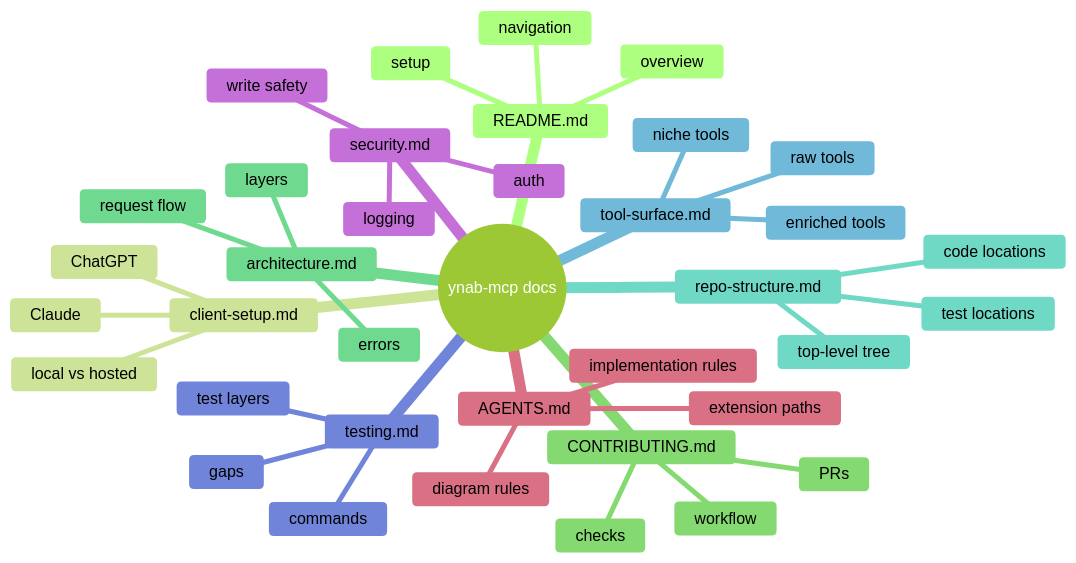
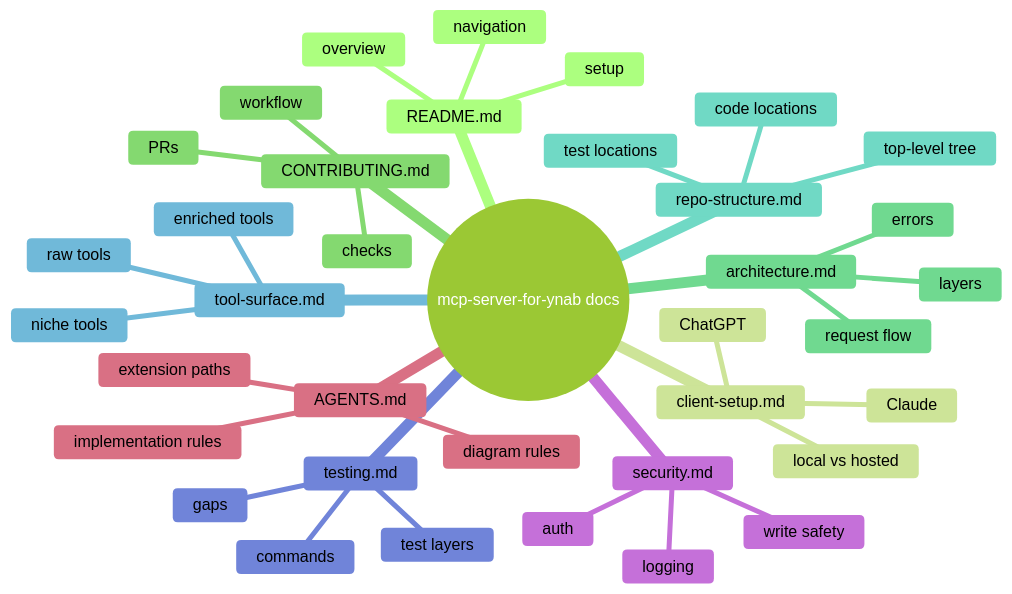
One commit to hs737/mcp-server-for-ynab changed the diagram in docs/README.md. Above: the diagram before and after it, drawn with Mermaid (forest theme). The commit also changed other lines of this file and 166 other files, not shown here.

````diff
--- a/docs/README.md
+++ b/docs/README.md
@@ -18,40 +18,40 @@
 ```mermaid
 mindmap
-  root((ynab-mcp docs))
+  root((mcp-server-for-ynab docs))
     README.md
       setup
       overview
       navigation
     client-setup.md
       Claude
       ChatGPT
       local vs hosted
     CONTRIBUTING.md
       workflow
       PRs
       checks
     architecture.md
       layers
       request flow
       errors
     repo-structure.md
       top-level tree
       code locations
       test locations
     tool-surface.md
       raw tools
       enriched tools
       niche tools
     testing.md
       test layers
       commands
       gaps
     security.md
       auth
       logging
       write safety
     AGENTS.md
       implementation rules
       extension paths
       diagram rules
 ```
````
